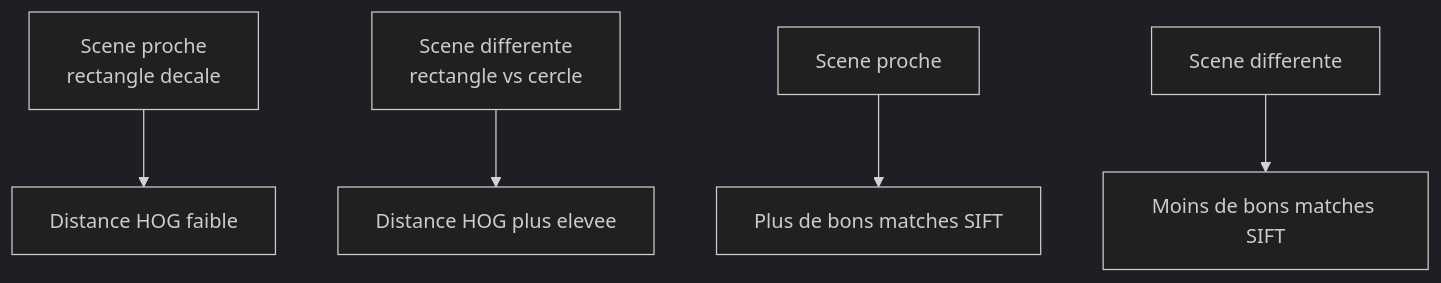
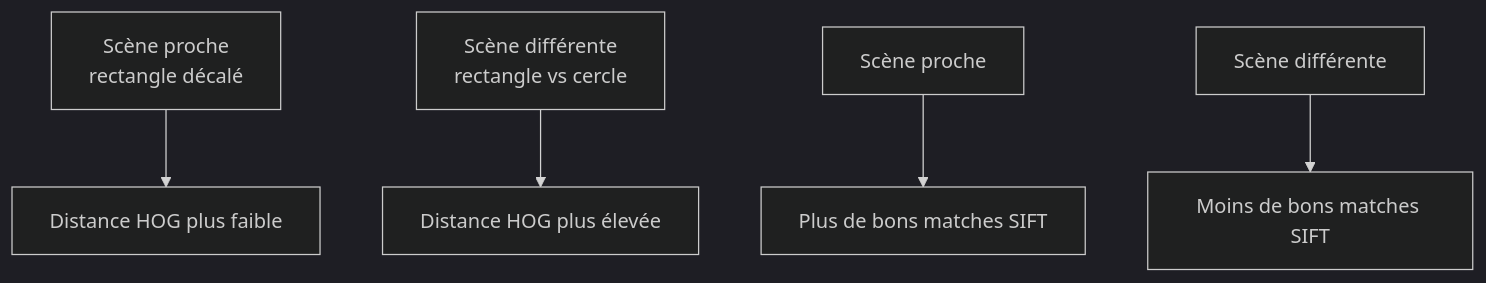
One commit to ValetteL/nexa-computer-vision changed the fifth of 5 diagrams in JOUR-01.md. Above: the diagram before and after it, drawn with Mermaid (dark theme). The commit also changed other lines of this file, not shown here.

````diff
--- a/JOUR-01.md
+++ b/JOUR-01.md
@@ -91,7 +230,7 @@
 ```mermaid
 flowchart TB
-    A[Scene proche\nrectangle decale] --> B[Distance HOG faible]
-    C[Scene differente\nrectangle vs cercle] --> D[Distance HOG plus elevee]
-    E[Scene proche] --> F[Plus de bons matches SIFT]
-    G[Scene differente] --> H[Moins de bons matches SIFT]
+    A[Scène proche\nrectangle décalé] --> B[Distance HOG plus faible]
+    C[Scène différente\nrectangle vs cercle] --> D[Distance HOG plus élevée]
+    E[Scène proche] --> F[Plus de bons matches SIFT]
+    G[Scène différente] --> H[Moins de bons matches SIFT]
 ```
````
